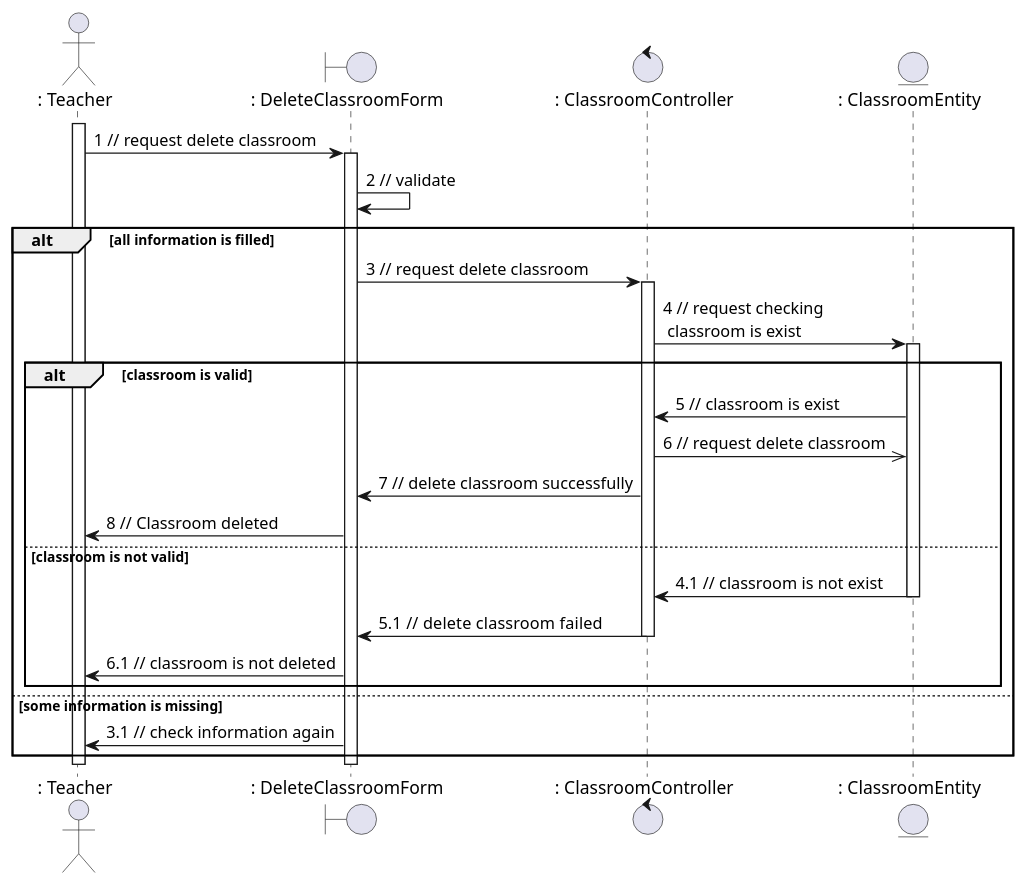
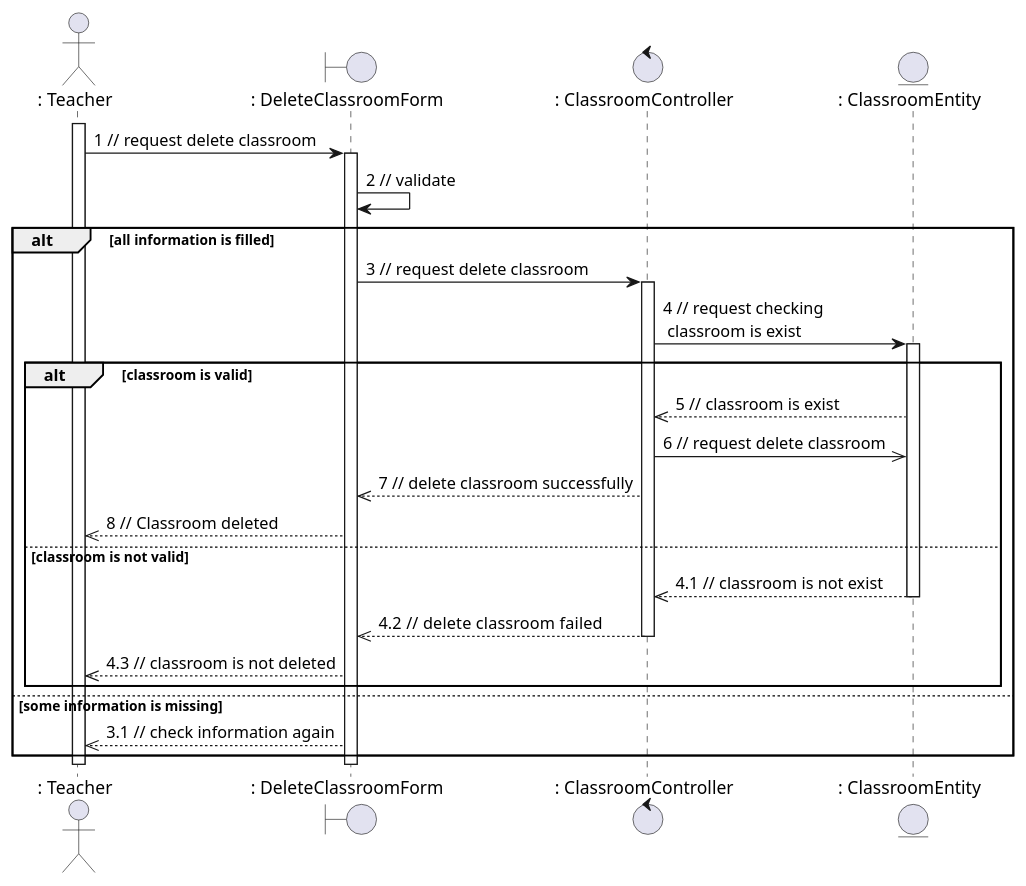
One commit to anonyhostvn/OOAD-Diagram changed the diagram in sequence - analysis/classroom/deleteClass.plantuml. Above: the diagram before and after it, drawn with PlantUML. The commit also changed 20 other files, not shown here.

Commit message:
fix sequence analaysis numbering

```diff
--- a/sequence - analysis/classroom/deleteClass.plantuml
+++ b/sequence - analysis/classroom/deleteClass.plantuml
@@ -1,36 +1,36 @@
 @startuml deleteClass
 
 actor ": Teacher"
 boundary ": DeleteClassroomForm"
 control ": ClassroomController"
 entity ": ClassroomEntity"
 
 activate ": Teacher"
 ": Teacher" -> ": DeleteClassroomForm": 1 // request delete classroom
 activate ": DeleteClassroomForm"
 ": DeleteClassroomForm" -> ": DeleteClassroomForm": 2 // validate
 alt all information is filled
     ": DeleteClassroomForm" -> ": ClassroomController": 3 // request delete classroom
     activate ": ClassroomController"
     ": ClassroomController" -> ": ClassroomEntity": 4 // request checking \n classroom is exist
     activate ": ClassroomEntity"
     alt classroom is valid
-        ": ClassroomEntity" -> ": ClassroomController": 5 // classroom is exist
+        ": ClassroomEntity" -->> ": ClassroomController": 5 // classroom is exist
         ": ClassroomController" ->> ": ClassroomEntity": 6 // request delete classroom
-        ": ClassroomController" -> ": DeleteClassroomForm": 7 // delete classroom successfully
-        ": DeleteClassroomForm" -> ": Teacher": 8 // Classroom deleted
+        ": ClassroomController" -->> ": DeleteClassroomForm": 7 // delete classroom successfully
+        ": DeleteClassroomForm" -->> ": Teacher": 8 // Classroom deleted
     else classroom is not valid
-        ": ClassroomEntity" -> ": ClassroomController": 4.1 // classroom is not exist
+        ": ClassroomEntity" -->> ": ClassroomController": 4.1 // classroom is not exist
         deactivate ": ClassroomEntity"
-        ": ClassroomController" -> ": DeleteClassroomForm": 5.1 // delete  classroom failed
+        ": ClassroomController" -->> ": DeleteClassroomForm": 4.2 // delete  classroom failed
         deactivate ": ClassroomController"
-        ": DeleteClassroomForm" -> ": Teacher": 6.1 // classroom is not deleted
+        ": DeleteClassroomForm" -->> ": Teacher": 4.3 // classroom is not deleted
     end
 else some information is missing
-    ": DeleteClassroomForm" -> ": Teacher": 3.1 // check information again
+    ": DeleteClassroomForm" -->> ": Teacher": 3.1 // check information again
 end
 
 deactivate ": DeleteClassroomForm"
 deactivate ": Teacher"
 
 @enduml
```
